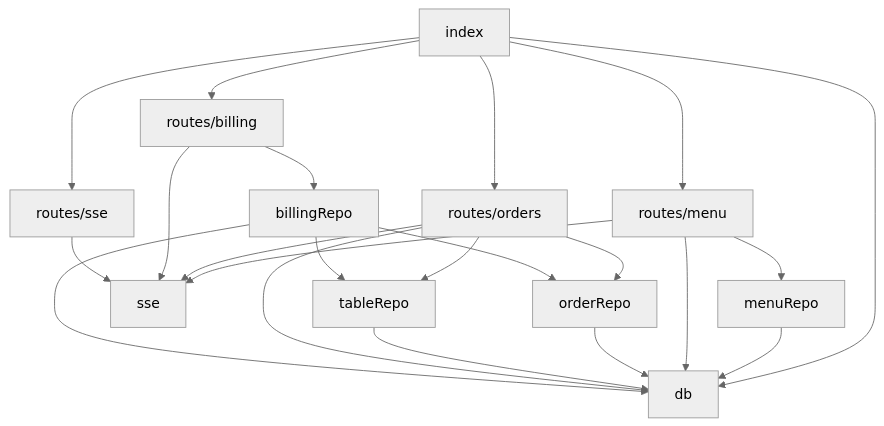
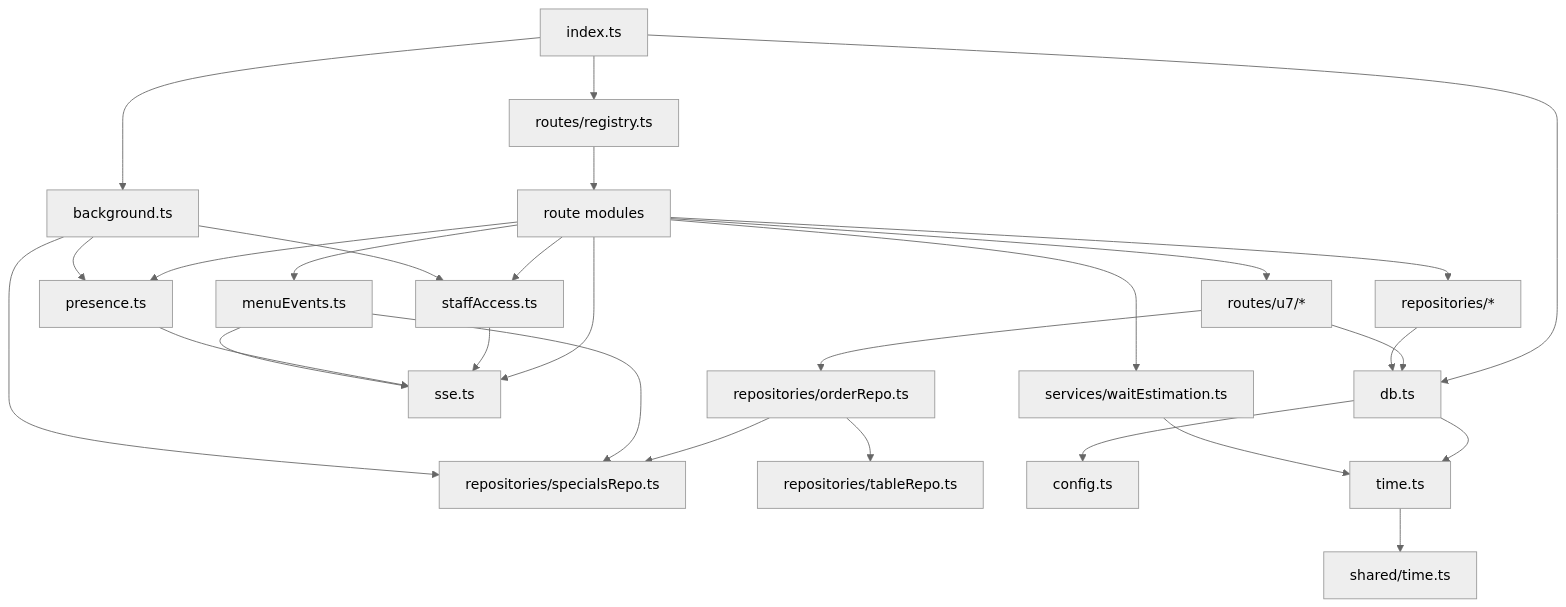
Before and after one commit to umaiss/restaurants_managment-: the first of 2 diagrams in aidlc/spaces/default/codekb/table-order/dependencies.md, drawn with Mermaid (neutral theme). The commit also changed other lines of this file and 117 other files, not shown here.

````diff
--- a/aidlc/spaces/default/codekb/table-order/dependencies.md
+++ b/aidlc/spaces/default/codekb/table-order/dependencies.md
@@ -25,21 +36,30 @@
 ```mermaid
 flowchart TD
-  index --> db
-  index --> routesMenu[routes/menu]
-  index --> routesOrders[routes/orders]
-  index --> routesBilling[routes/billing]
-  index --> routesSse[routes/sse]
-  routesMenu --> menuRepo --> db
-  routesMenu --> sse
-  routesMenu --> db
-  routesOrders --> orderRepo --> db
-  routesOrders --> tableRepo --> db
-  routesOrders --> sse
-  routesOrders --> db
-  routesBilling --> billingRepo
-  billingRepo --> orderRepo
-  billingRepo --> tableRepo
-  billingRepo --> db
-  routesBilling --> sse
-  routesSse --> sse
+  index[index.ts] --> registry[routes/registry.ts]
+  index --> background[background.ts]
+  index --> db[db.ts]
+  registry --> routes[route modules]
+  routes --> staffAccess[staffAccess.ts]
+  routes --> sse[sse.ts]
+  routes --> repos[repositories/*]
+  routes --> u7[routes/u7/*]
+  routes --> menuEvents[menuEvents.ts]
+  routes --> presence[presence.ts]
+  routes --> wait[services/waitEstimation.ts]
+  u7 --> orderRepo[repositories/orderRepo.ts]
+  u7 --> db
+  repos --> db
+  orderRepo --> specialsRepo[repositories/specialsRepo.ts]
+  orderRepo --> tableRepo[repositories/tableRepo.ts]
+  staffAccess --> sse
+  presence --> sse
+  menuEvents --> sse
+  menuEvents --> specialsRepo
+  background --> staffAccess
+  background --> presence
+  background --> specialsRepo
+  db --> config[config.ts]
+  db --> time[time.ts]
+  time --> sharedTime[shared/time.ts]
+  wait --> time
 ```
````
